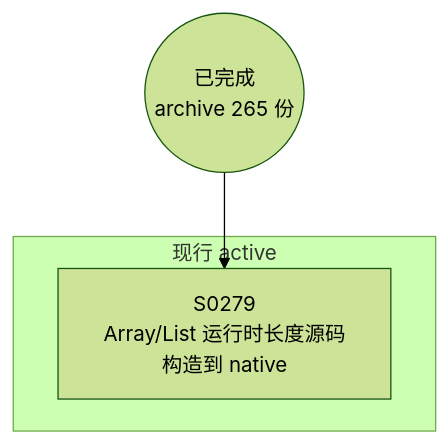
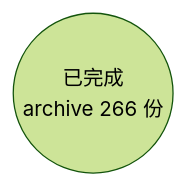
Before and after one commit to Halckon/Koven: the diagram in docs/specs/dependency-graph.md, drawn with Mermaid (forest theme). The commit also changed other lines of this file and 24 other files, not shown here.

````diff
--- a/docs/specs/dependency-graph.md
+++ b/docs/specs/dependency-graph.md
@@ -9,8 +9,4 @@
 ```mermaid
 flowchart TD
-ARCH(("已完成<br/>archive 265 份"))
-subgraph Gactive["现行 active"]
-  S0279["S0279<br/>Array/List 运行时长度源码构造到 native"]
-end
-ARCH --> S0279
+ARCH(("已完成<br/>archive 266 份"))
 ```
````
